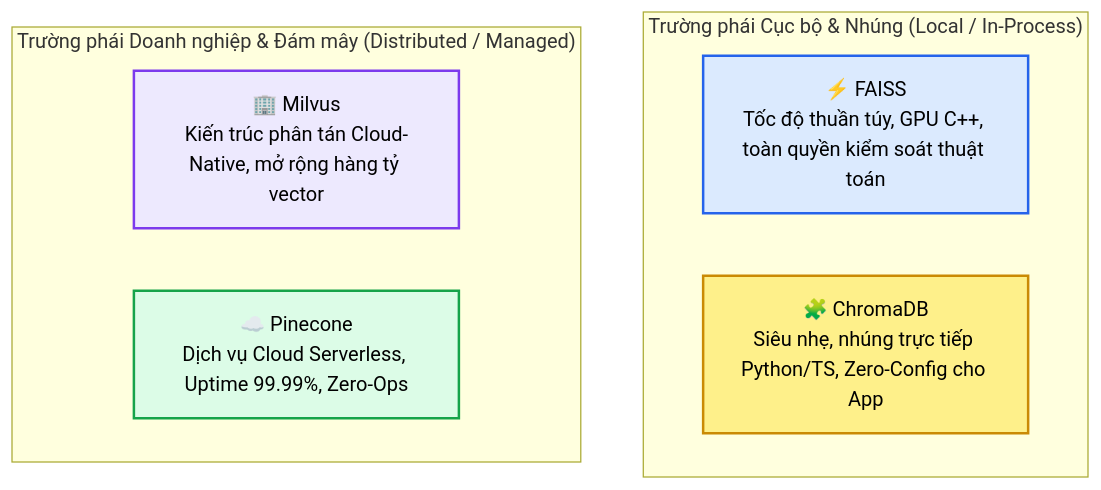
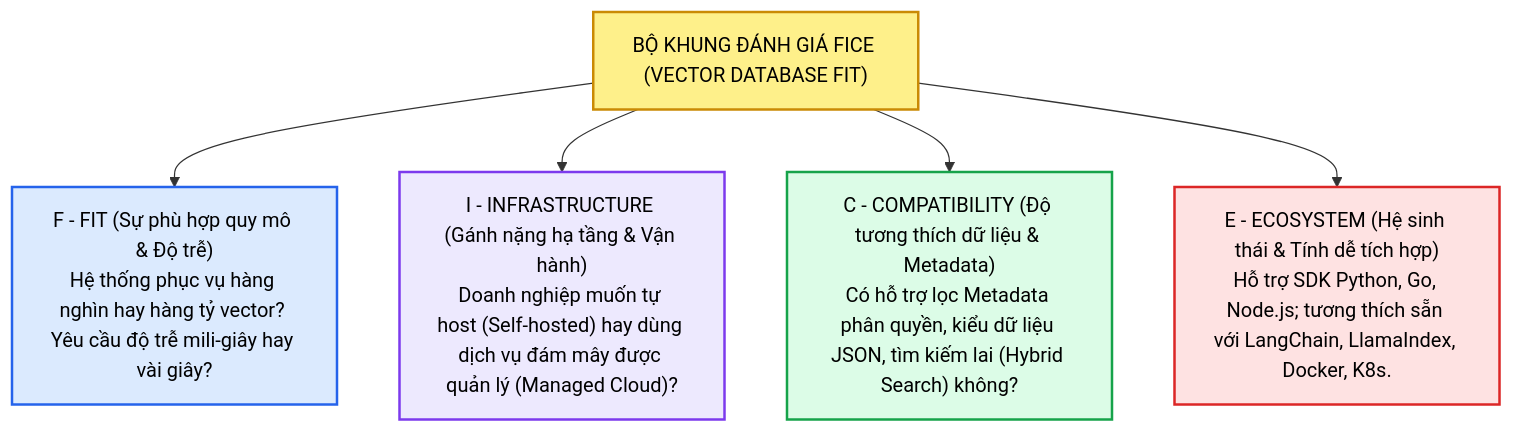
One commit to LeNguyenHaiDuong/agent_course changed the seventh of 10 diagrams in 01-research-and-foundations/03-semantic-search/03_embeddings_and_vector_databases.md. Above: the diagram before and after it, drawn with Mermaid. The commit also changed other lines of this file and 4 other files, not shown here.

Commit message:
fix(headings): convert slugified heading anchors to exact OFM heading syntax and enrich 03_embeddings_and_vector_databases with FICE and indexing strategies

````diff
--- a/01-research-and-foundations/03-semantic-search/03_embeddings_and_vector_databases.md
+++ b/01-research-and-foundations/03-semantic-search/03_embeddings_and_vector_databases.md
@@ -282,17 +469,15 @@
 ```mermaid
 flowchart TD
-    subgraph Local_Embedded["Trường phái Cục bộ & Nhúng (Local / In-Process)"]
-        FAISS["⚡ FAISS<br>Tốc độ thuần túy, GPU C++, toàn quyền kiểm soát thuật toán"]
-        Chroma["🧩 ChromaDB<br>Siêu nhẹ, nhúng trực tiếp Python/TS, Zero-Config cho App"]
-    end
+    FICE["BỘ KHUNG ĐÁNH GIÁ FICE (VECTOR DATABASE FIT)"]
+    
+    FICE --> F["F - FIT (Sự phù hợp quy mô & Độ trễ)<br>Hệ thống phục vụ hàng nghìn hay hàng tỷ vector? Yêu cầu độ trễ mili-giây hay vài giây?"]
+    FICE --> I["I - INFRASTRUCTURE (Gánh nặng hạ tầng & Vận hành)<br>Doanh nghiệp muốn tự host (Self-hosted) hay dùng dịch vụ đám mây được quản lý (Managed Cloud)?"]
+    FICE --> C["C - COMPATIBILITY (Độ tương thích dữ liệu & Metadata)<br>Có hỗ trợ lọc Metadata phân quyền, kiểu dữ liệu JSON, tìm kiếm lai (Hybrid Search) không?"]
+    FICE --> E["E - ECOSYSTEM (Hệ sinh thái & Tính dễ tích hợp)<br>Hỗ trợ SDK Python, Go, Node.js; tương thích sẵn với LangChain, LlamaIndex, Docker, K8s."]
 
-    subgraph Distributed_Managed["Trường phái Doanh nghiệp & Đám mây (Distributed / Managed)"]
-        Milvus["🏢 Milvus<br>Kiến trúc phân tán Cloud-Native, mở rộng hàng tỷ vector"]
-        Pinecone["☁️ Pinecone<br>Dịch vụ Cloud Serverless, Uptime 99.99%, Zero-Ops"]
-    end
-
-    style FAISS fill:#dbeafe,stroke:#2563eb,stroke-width:2px,color:#000000
-    style Chroma fill:#fef08a,stroke:#ca8a04,stroke-width:2px,color:#000000
-    style Milvus fill:#ede9fe,stroke:#7c3aed,stroke-width:2px,color:#000000
-    style Pinecone fill:#dcfce7,stroke:#16a34a,stroke-width:2px,color:#000000
+    style FICE fill:#fef08a,stroke:#ca8a04,stroke-width:2px,color:#000000
+    style F fill:#dbeafe,stroke:#2563eb,stroke-width:2px,color:#000000
+    style I fill:#ede9fe,stroke:#7c3aed,stroke-width:2px,color:#000000
+    style C fill:#dcfce7,stroke:#16a34a,stroke-width:2px,color:#000000
+    style E fill:#fee2e2,stroke:#dc2626,stroke-width:2px,color:#000000
 ```
````
